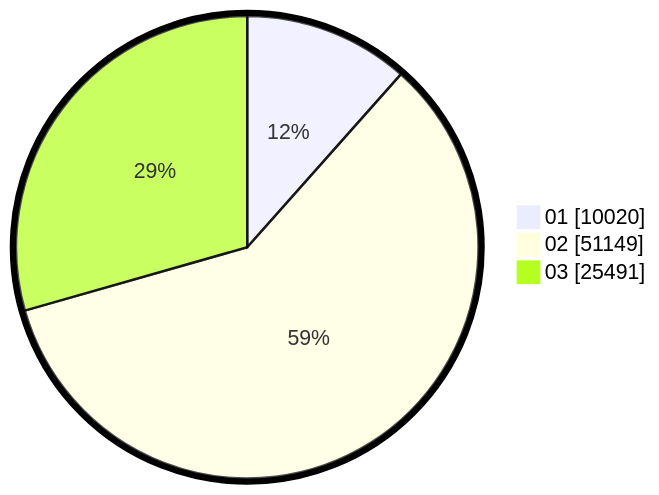
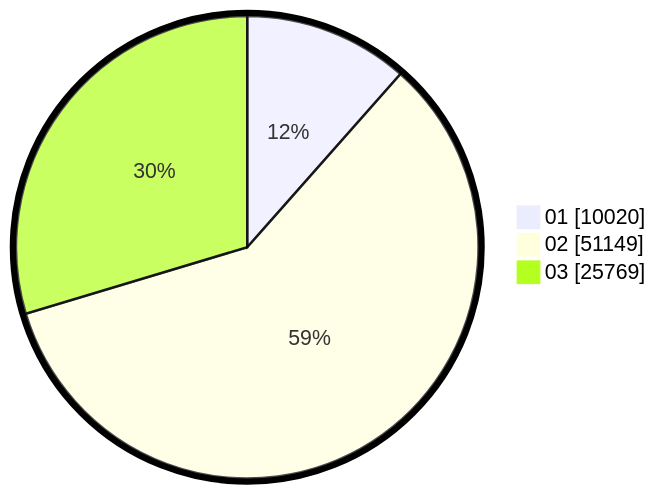
One commit to gigit-pemilu/pemilu-2024 changed the second of 2 diagrams in pilpres/hitung-suara/sub/table-wilayah-92.md. Above: the diagram before and after it, drawn with Mermaid. The commit also changed other lines of this file and 8 other files, not shown here.

````diff
--- a/pilpres/hitung-suara/sub/table-wilayah-92.md
+++ b/pilpres/hitung-suara/sub/table-wilayah-92.md
@@ -15,7 +15,7 @@
 ```mermaid
 %%{init: {"pie": {"textPosition": 0.5}, "themeVariables": {"pieOuterStrokeWidth": "5px"}} }%%
 pie showData
     "01" : 10020
     "02" : 51149
-    "03" : 25491
+    "03" : 25769
 ```
````
